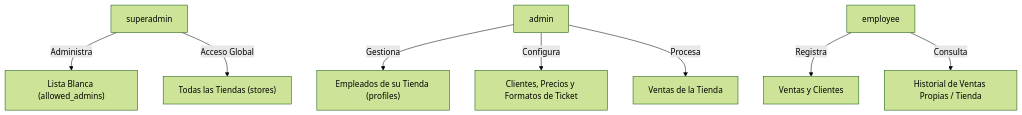
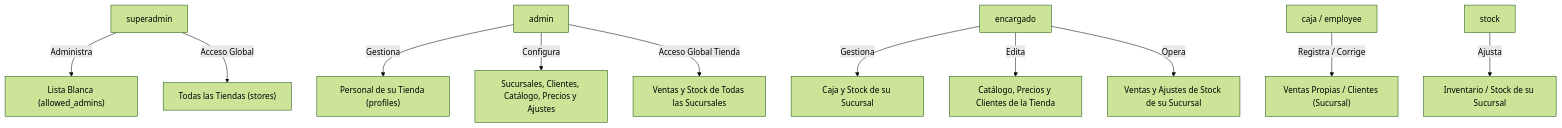
Before and after one commit to DevEmpulse/ERP-Tiendas: the diagram in docs/authentication-and-roles.md, drawn with Mermaid (forest theme). The commit also changed other lines of this file and 33 other files, not shown here.

Commit message:
feat: implement granular role-based access control, employee dashboard, and stock management features

````diff
--- a/docs/authentication-and-roles.md
+++ b/docs/authentication-and-roles.md
@@ -9,12 +9,16 @@
 ```mermaid
 graph TD
     SA["superadmin"] -->|Administra| W["Lista Blanca (allowed_admins)"]
     SA -->|Acceso Global| S["Todas las Tiendas (stores)"]
     
-    A["admin"] -->|Gestiona| P["Empleados de su Tienda (profiles)"]
-    A -->|Configura| C["Clientes, Precios y Formatos de Ticket"]
-    A -->|Procesa| V1["Ventas de la Tienda"]
+    A["admin"] -->|Gestiona| P["Personal de su Tienda (profiles)"]
+    A -->|Configura| C["Sucursales, Clientes, Catálogo, Precios y Ajustes"]
+    A -->|Acceso Global Tienda| V1["Ventas y Stock de Todas las Sucursales"]
     
-    E["employee"] -->|Registra| V2["Ventas y Clientes"]
-    E -->|Consulta| H["Historial de Ventas Propias / Tienda"]
+    ENC["encargado"] -->|Gestiona| P2["Caja y Stock de su Sucursal"]
+    ENC -->|Edita| C2["Catálogo, Precios y Clientes de la Tienda"]
+    ENC -->|Opera| V2["Ventas y Ajustes de Stock de su Sucursal"]
+    
+    CAJA["caja / employee"] -->|Registra / Corrige| V3["Ventas Propias / Clientes (Sucursal)"]
+    STOCK["stock"] -->|Ajusta| ST["Inventario / Stock de su Sucursal"]
 ```
````
